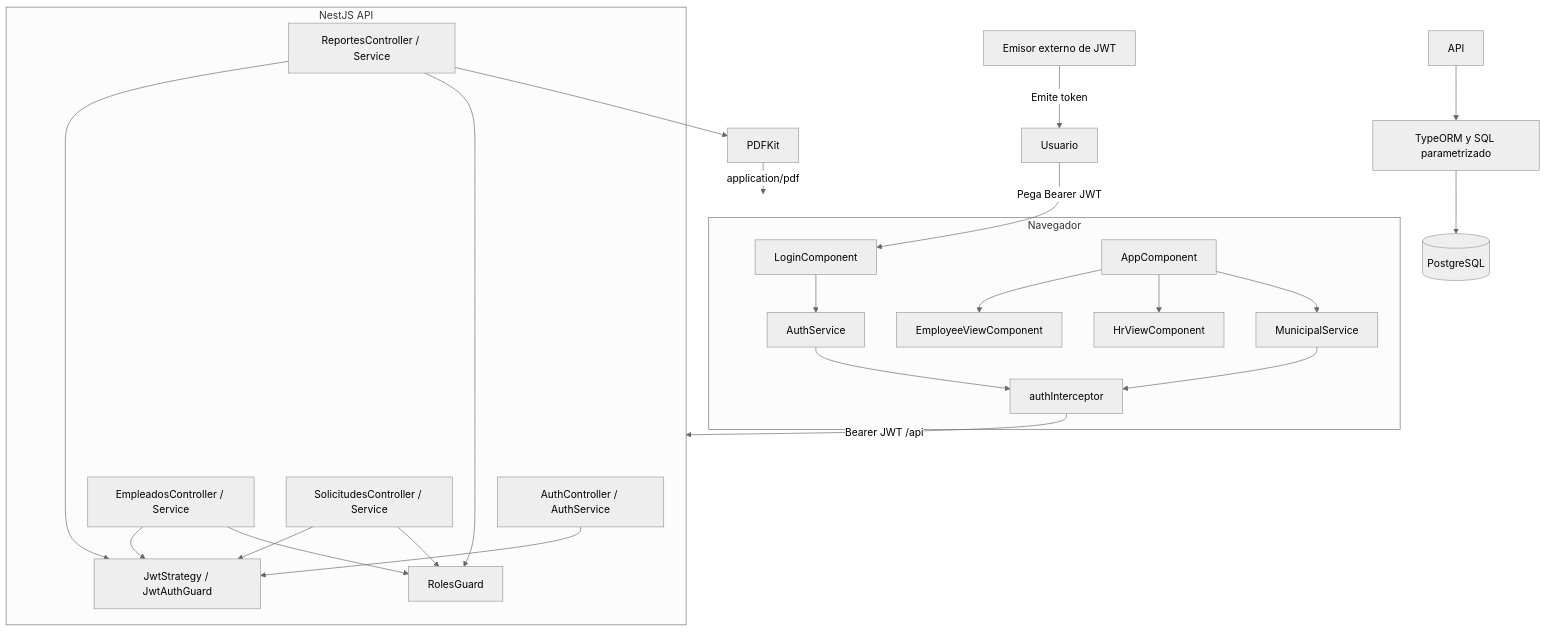
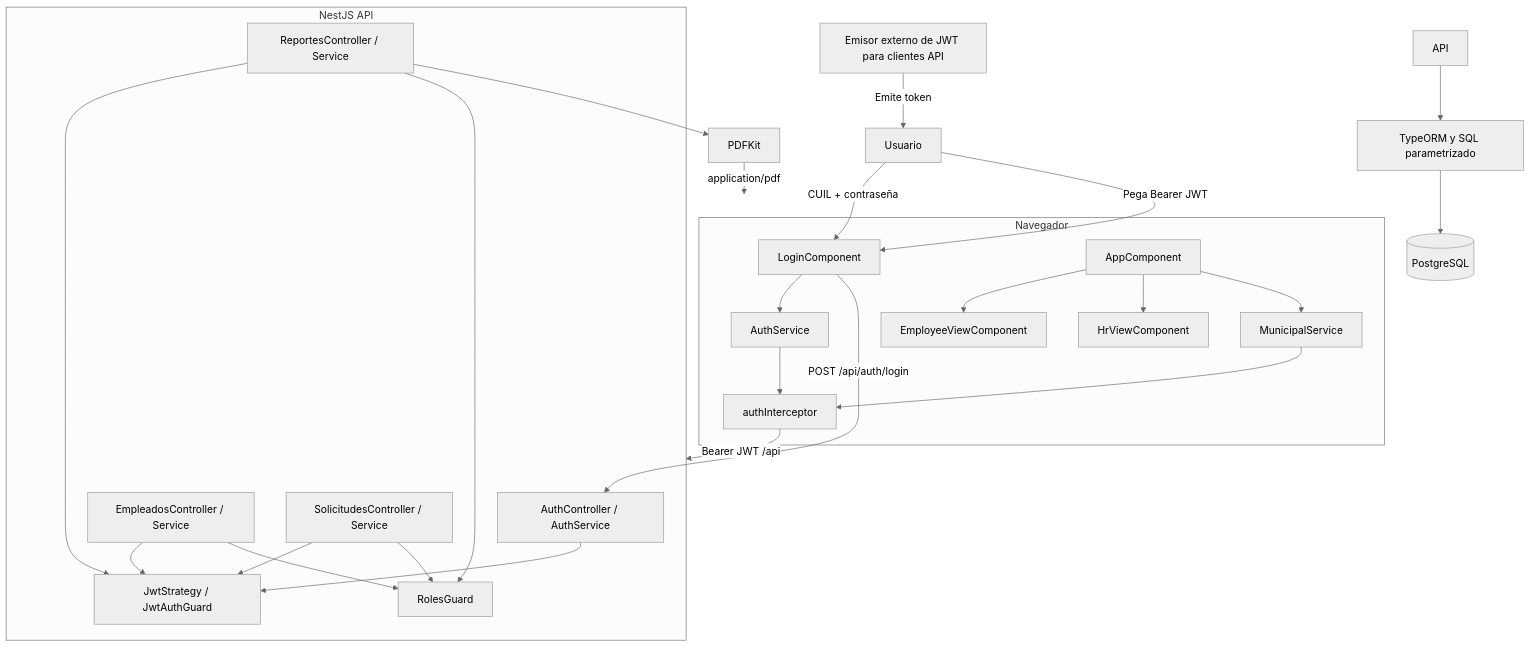
One commit to guardiasofia/pps-proyecto changed the first of 5 diagrams in docs/DOCUMENTACION_TECNICA.md. Above: the diagram before and after it, drawn with Mermaid (neutral theme). The commit also changed other lines of this file and 21 other files, not shown here.

Commit message:
Add CUIL login and Render deployment setup

````diff
--- a/docs/DOCUMENTACION_TECNICA.md
+++ b/docs/DOCUMENTACION_TECNICA.md
@@ -41,40 +45,42 @@
 ```mermaid
 flowchart TB
     subgraph Navegador
         Login[LoginComponent]
         Root[AppComponent]
         Emp[EmployeeViewComponent]
         HR[HrViewComponent]
         Auth[AuthService]
         Interceptor[authInterceptor]
         Client[MunicipalService]
         Login --> Auth
         Root --> Emp
         Root --> HR
         Root --> Client
         Auth --> Interceptor
         Client --> Interceptor
     end
     Interceptor -->|Bearer JWT /api| Backend
-    IDP[Emisor externo de JWT] -->|Emite token| Usuario[Usuario]
+    IDP[Emisor externo de JWT para clientes API] -->|Emite token| Usuario[Usuario]
+    Usuario -->|CUIL + contraseña| Login
+    Login -->|POST /api/auth/login| AuthCtl
     Usuario -->|Pega Bearer JWT| Login
     subgraph Backend[NestJS API]
         AuthCtl[AuthController / AuthService]
         Jwt[JwtStrategy / JwtAuthGuard]
         Roles[RolesGuard]
         EmpCtl[EmpleadosController / Service]
         SolCtl[SolicitudesController / Service]
         RepCtl[ReportesController / Service]
         AuthCtl --> Jwt
         EmpCtl --> Jwt
         SolCtl --> Jwt
         RepCtl --> Jwt
         SolCtl --> Roles
         EmpCtl --> Roles
         RepCtl --> Roles
     end
     API --> ORM[TypeORM y SQL parametrizado]
     ORM --> DB[(PostgreSQL)]
     RepCtl --> PDF[PDFKit]
     PDF -->|application/pdf| Navegador
 ```
````
